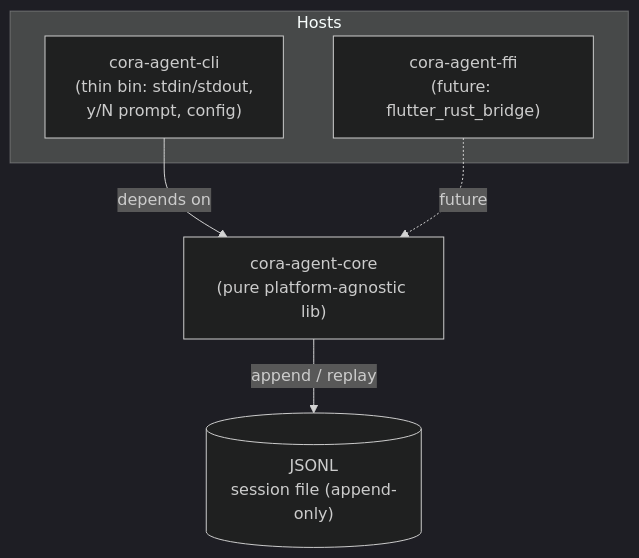
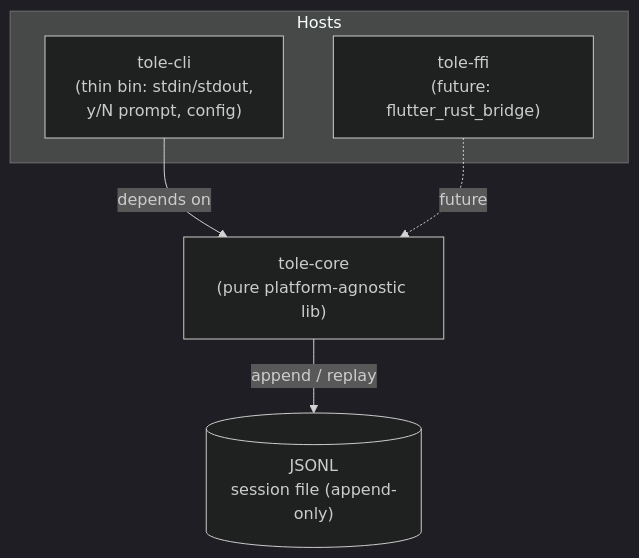
One commit to codecoradev/tole changed the first of 3 diagrams in docs/architecture.md. Above: the diagram before and after it, drawn with Mermaid (dark theme). The commit also changed other lines of this file and 28 other files, not shown here.

First line of the commit message:
rename: cora-agent -> tole (#20)

````diff
--- a/docs/architecture.md
+++ b/docs/architecture.md
@@ -15,12 +15,12 @@
 ```mermaid
 graph TD
     subgraph Hosts
-        CLI["cora-agent-cli<br/>(thin bin: stdin/stdout,<br/>y/N prompt, config)"]
-        FFI["cora-agent-ffi<br/>(future: flutter_rust_bridge)"]
+        CLI["tole-cli<br/>(thin bin: stdin/stdout,<br/>y/N prompt, config)"]
+        FFI["tole-ffi<br/>(future: flutter_rust_bridge)"]
     end
-    CORE["cora-agent-core<br/>(pure platform-agnostic lib)"]
+    CORE["tole-core<br/>(pure platform-agnostic lib)"]
     DB[("JSONL<br/>session file (append-only)")]
     CLI -->|depends on| CORE
     FFI -.->|future| CORE
     CORE -->|append / replay| DB
 ```
````
